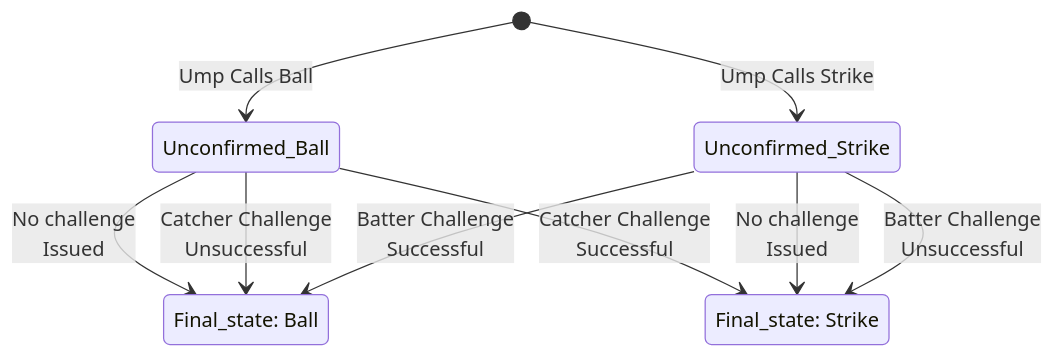
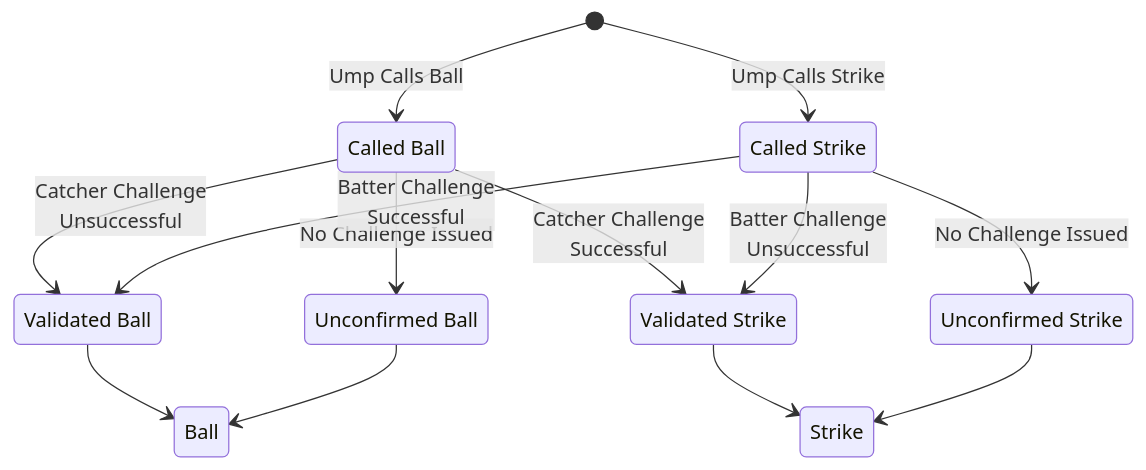
One commit to bsstahl/CognitiveInheritance changed the second of 2 diagrams in Posts/Complexity-Matters-Baseballs-New-Strike-Zone.md. Above: the diagram before and after it, drawn with Mermaid. The commit also changed other lines of this file and 1 other file, not shown here.

Commit message:
Move improvements to ABS complexity article

````diff
--- a/Posts/Complexity-Matters-Baseballs-New-Strike-Zone.md
+++ b/Posts/Complexity-Matters-Baseballs-New-Strike-Zone.md
@@ -68,17 +74,29 @@
 ```mermaid
 stateDiagram-v2
-    [*] --> Unconfirmed_Ball: Ump Calls Ball
-    [*] --> Unconfirmed_Strike: Ump Calls Strike
+    state "Called Ball" as Initial_Ball
+    state "Validated Ball" as Validated_Ball
+    state "Unconfirmed Ball" as Unconfirmed_Ball
+    state "Ball" as Ball
 
-    Unconfirmed_Ball --> Ball: No challenge<br/>Issued
-    Unconfirmed_Ball --> Ball: Catcher Challenge<br/>Unsuccessful
-    Unconfirmed_Ball --> Strike: Catcher Challenge<br/>Successful
+    state "Called Strike" as Initial_Strike
+    state "Validated Strike" as Validated_Strike
+    state "Unconfirmed Strike" as Unconfirmed_Strike
+    state "Strike" as Strike
 
-    Unconfirmed_Strike --> Strike: No challenge<br/>Issued
-    Unconfirmed_Strike --> Strike: Batter Challenge<br/>Unsuccessful
-    Unconfirmed_Strike --> Ball: Batter Challenge<br/>Successful
+    [*] --> Initial_Ball: Ump Calls Ball
+    [*] --> Initial_Strike: Ump Calls Strike
 
-    Ball : Final_state: Ball
-    Strike : Final_state: Strike
+    Initial_Ball --> Validated_Ball: Catcher Challenge<br/>Unsuccessful
+    Initial_Ball --> Validated_Strike: Catcher Challenge<br/>Successful
+    Initial_Ball --> Unconfirmed_Ball: No Challenge Issued
 
+    Initial_Strike --> Validated_Strike: Batter Challenge<br/>Unsuccessful
+    Initial_Strike --> Validated_Ball: Batter Challenge<br/>Successful
+    Initial_Strike --> Unconfirmed_Strike: No Challenge Issued
+
+    Validated_Ball --> Ball
+    Unconfirmed_Ball --> Ball
+
+    Validated_Strike --> Strike
+    Unconfirmed_Strike --> Strike
 ```
````
